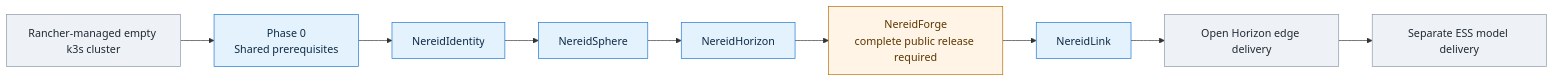
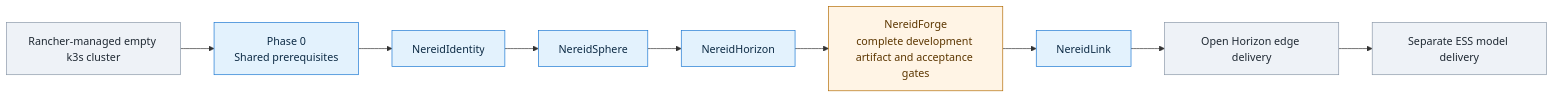
The diagram in docs/deploy/README.md (NereidAI/NereidOverview), drawn with Mermaid before and after one commit. The commit also changed other lines of this file and 9 other files, not shown here.

Commit message:
fix: make Forge development installation reproducible

````diff
--- a/docs/deploy/README.md
+++ b/docs/deploy/README.md
@@ -16,28 +16,28 @@
 ```mermaid
 flowchart LR
     classDef host fill:#eef2f7,stroke:#8a97a8,color:#1f2933
     classDef phase fill:#e3f2fd,stroke:#1976d2,color:#0d2b45
     classDef blocked fill:#fff4e5,stroke:#b26a00,color:#5c3600
 
     C["Rancher-managed empty k3s cluster"]:::host
     P["Phase 0<br/>Shared prerequisites"]:::phase
     I["NereidIdentity"]:::phase
     S["NereidSphere"]:::phase
     H["NereidHorizon"]:::phase
-    F["NereidForge<br/>complete public release required"]:::blocked
+    F["NereidForge<br/>complete development artifact and acceptance gates"]:::blocked
     L["NereidLink"]:::phase
     E["Open Horizon edge delivery"]:::host
     M["Separate ESS model delivery"]:::host
 
     C --> P --> I --> S --> H --> F --> L --> E --> M
 
     click C "cluster-bootstrap.md"
     click P "../../deploy/prereqs/README.md"
     click I "install-suite.md#5-phase-1--nereididentity"
     click S "install-suite.md#61-nereidsphere"
     click H "install-suite.md#62-nereidhorizon"
-    click F "install-suite.md#7-forge-availability-gate"
+    click F "install-suite.md#71-development-artifact-gate"
     click L "install-suite.md#8-nereidlink-after-forge"
     click E "install-suite.md#9-open-horizon-edge-delivery"
     click M "install-suite.md#9-open-horizon-edge-delivery"
 ```
````
